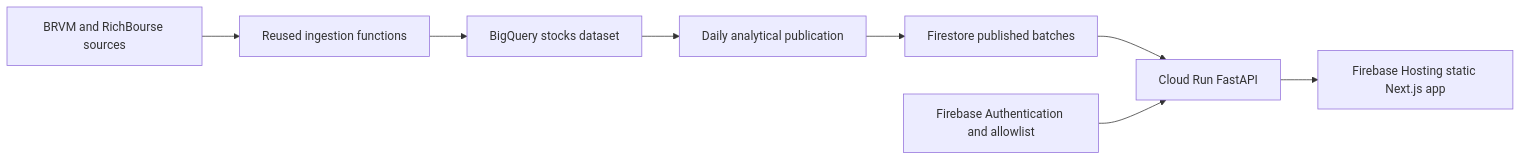
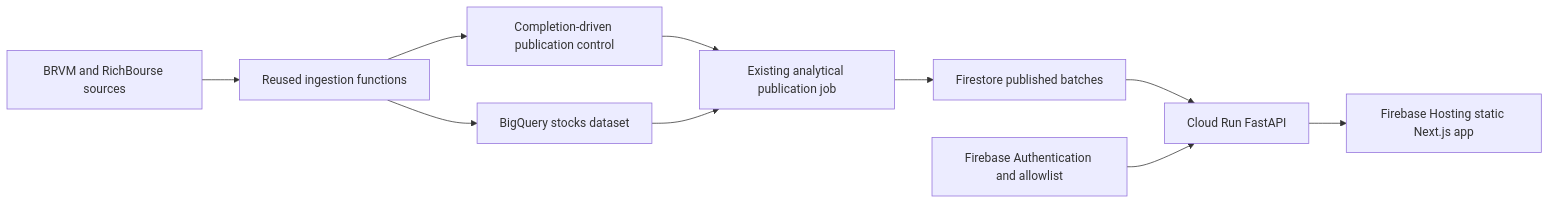
The first of 2 diagrams in planning/public/architecture.md (issacamara/tradvisor), drawn with Mermaid before and after one commit. The commit also changed other lines of this file and 1 other file, not shown here.

Commit message:
docs: publish direct scheduler workflow architecture (#275)

````diff
--- a/planning/public/architecture.md
+++ b/planning/public/architecture.md
@@ -18,10 +18,12 @@
 ```mermaid
 flowchart LR
   Sources[BRVM and RichBourse sources] --> Ingestion[Reused ingestion functions]
   Ingestion --> BQ[BigQuery stocks dataset]
-  BQ --> Analysis[Daily analytical publication]
+  Ingestion --> Trigger[Completion-driven publication control]
+  Trigger --> Analysis[Existing analytical publication job]
+  BQ --> Analysis
   Analysis --> Serving[Firestore published batches]
   Serving --> API[Cloud Run FastAPI]
   API --> Web[Firebase Hosting static Next.js app]
   Auth[Firebase Authentication and allowlist] --> API
 ```
````
